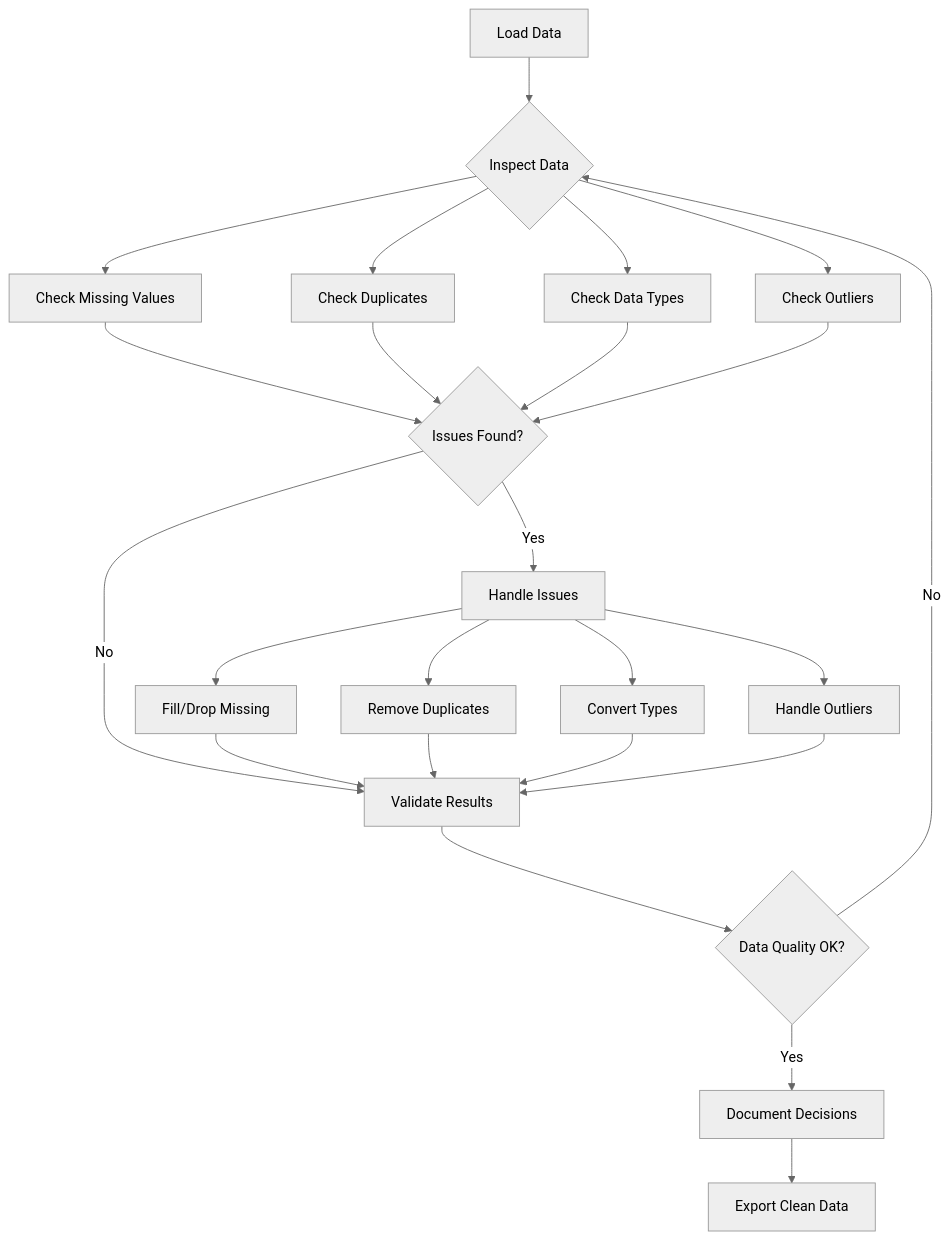
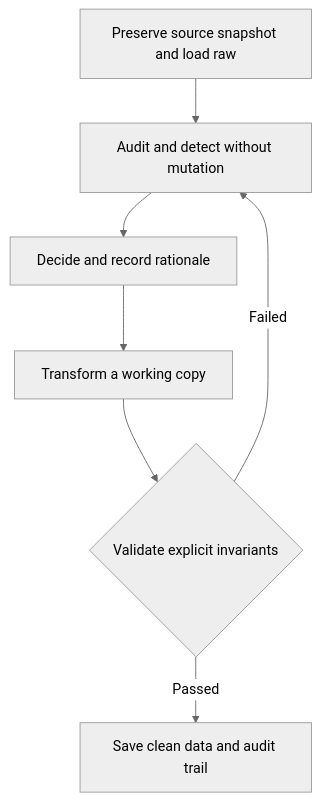
Before and after one commit to christopherseaman/datasci_217: the diagram in 05/README.md, drawn with Mermaid (neutral theme). The commit also changed other lines of this file and 11 other files, not shown here.

````diff
--- a/05/README.md
+++ b/05/README.md
@@ -654,31 +667,9 @@
 ```mermaid
 graph TD
-    A[Load Data] --> B{Inspect Data}
-    B --> C[Check Missing Values]
-    B --> D[Check Duplicates]
-    B --> E[Check Data Types]
-    B --> F[Check Outliers]
-
-    C --> G{Issues Found?}
-    D --> G
-    E --> G
-    F --> G
-
-    G -->|Yes| H[Handle Issues]
-    G -->|No| L[Validate Results]
-
-    H --> I[Fill/Drop Missing]
-    H --> J[Remove Duplicates]
-    H --> K[Convert Types]
-    H --> M[Handle Outliers]
-
-    I --> L
-    J --> L
-    K --> L
-    M --> L
-
-    L --> N{Data Quality OK?}
-    N -->|No| B
-    N -->|Yes| O[Document Decisions]
-    O --> P[Export Clean Data]
+    A[Preserve source snapshot and load raw] --> B[Audit and detect without mutation]
+    B --> C[Decide and record rationale]
+    C --> D[Transform a working copy]
+    D --> E{Validate explicit invariants}
+    E -->|Failed| B
+    E -->|Passed| F[Save clean data and audit trail]
 ```
````
